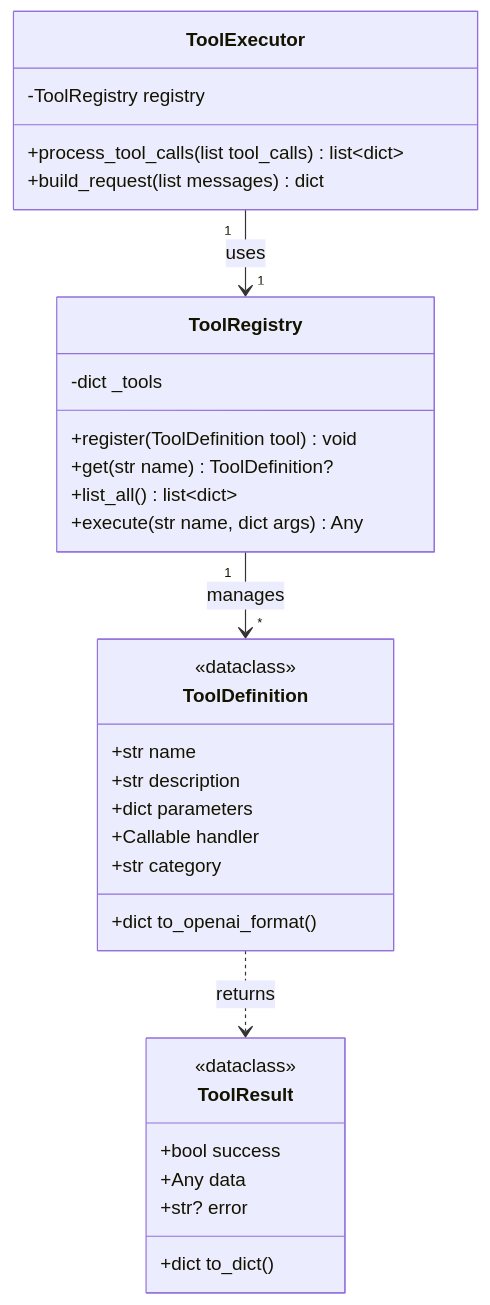
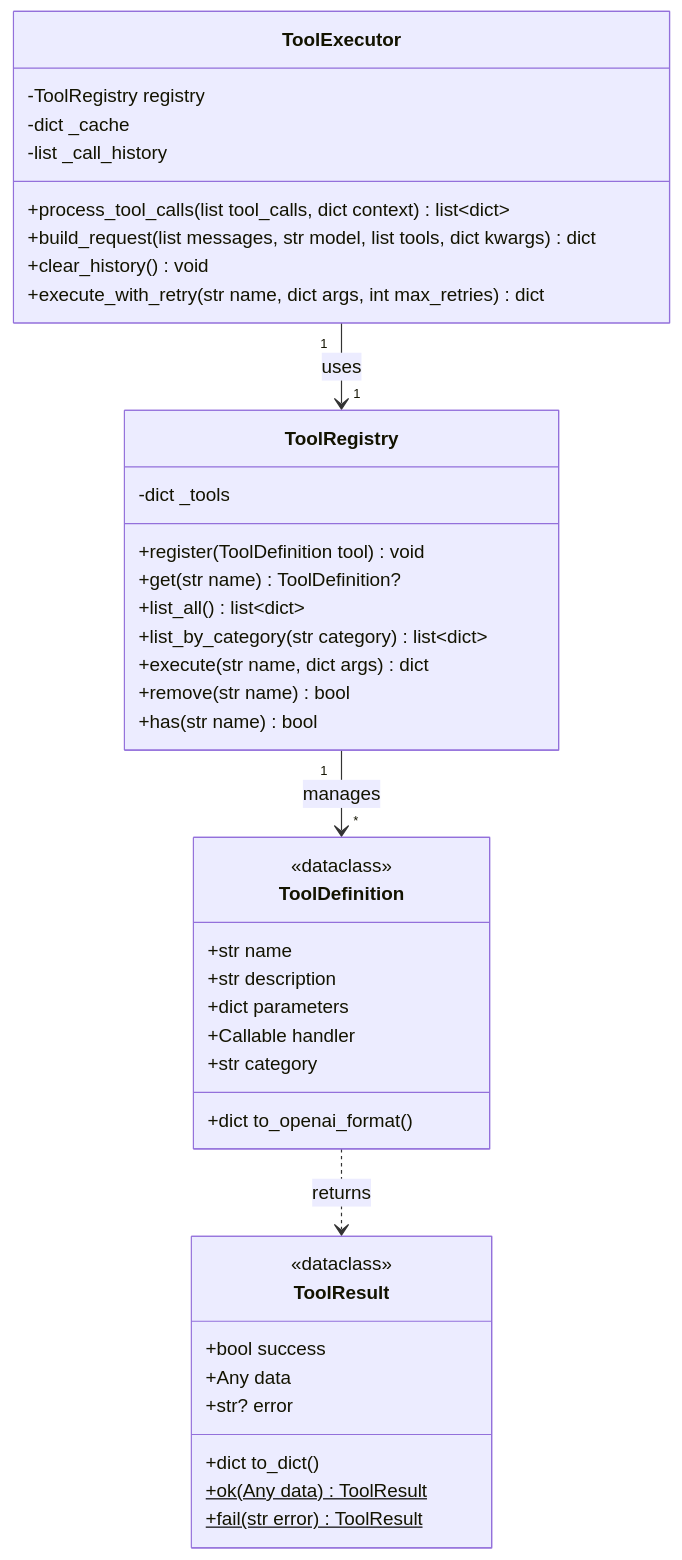
The first of 2 diagrams in docs/ToolSystemDesign.md (ViperEkura/nanoClaw), drawn with Mermaid before and after one commit. The commit also changed other lines of this file and 4 other files, not shown here.

````diff
--- a/docs/ToolSystemDesign.md
+++ b/docs/ToolSystemDesign.md
@@ -11,40 +11,49 @@
 ```mermaid
 classDiagram
     direction TB
 
     class ToolDefinition {
         <<dataclass>>
         +str name
         +str description
         +dict parameters
         +Callable handler
         +str category
         +dict to_openai_format()
     }
 
     class ToolRegistry {
         -dict _tools
         +register(ToolDefinition tool) void
         +get(str name) ToolDefinition?
         +list_all() list~dict~
-        +execute(str name, dict args) Any
+        +list_by_category(str category) list~dict~
+        +execute(str name, dict args) dict
+        +remove(str name) bool
+        +has(str name) bool
     }
 
     class ToolExecutor {
         -ToolRegistry registry
-        +process_tool_calls(list tool_calls) list~dict~
-        +build_request(list messages) dict
+        -dict _cache
+        -list _call_history
+        +process_tool_calls(list tool_calls, dict context) list~dict~
+        +build_request(list messages, str model, list tools, dict kwargs) dict
+        +clear_history() void
+        +execute_with_retry(str name, dict args, int max_retries) dict
     }
 
     class ToolResult {
         <<dataclass>>
         +bool success
         +Any data
         +str? error
         +dict to_dict()
+        +ok(Any data)$ ToolResult
+        +fail(str error)$ ToolResult
     }
 
     ToolRegistry "1" --> "*" ToolDefinition : manages
     ToolExecutor "1" --> "1" ToolRegistry : uses
     ToolDefinition ..> ToolResult : returns
 ```
````
